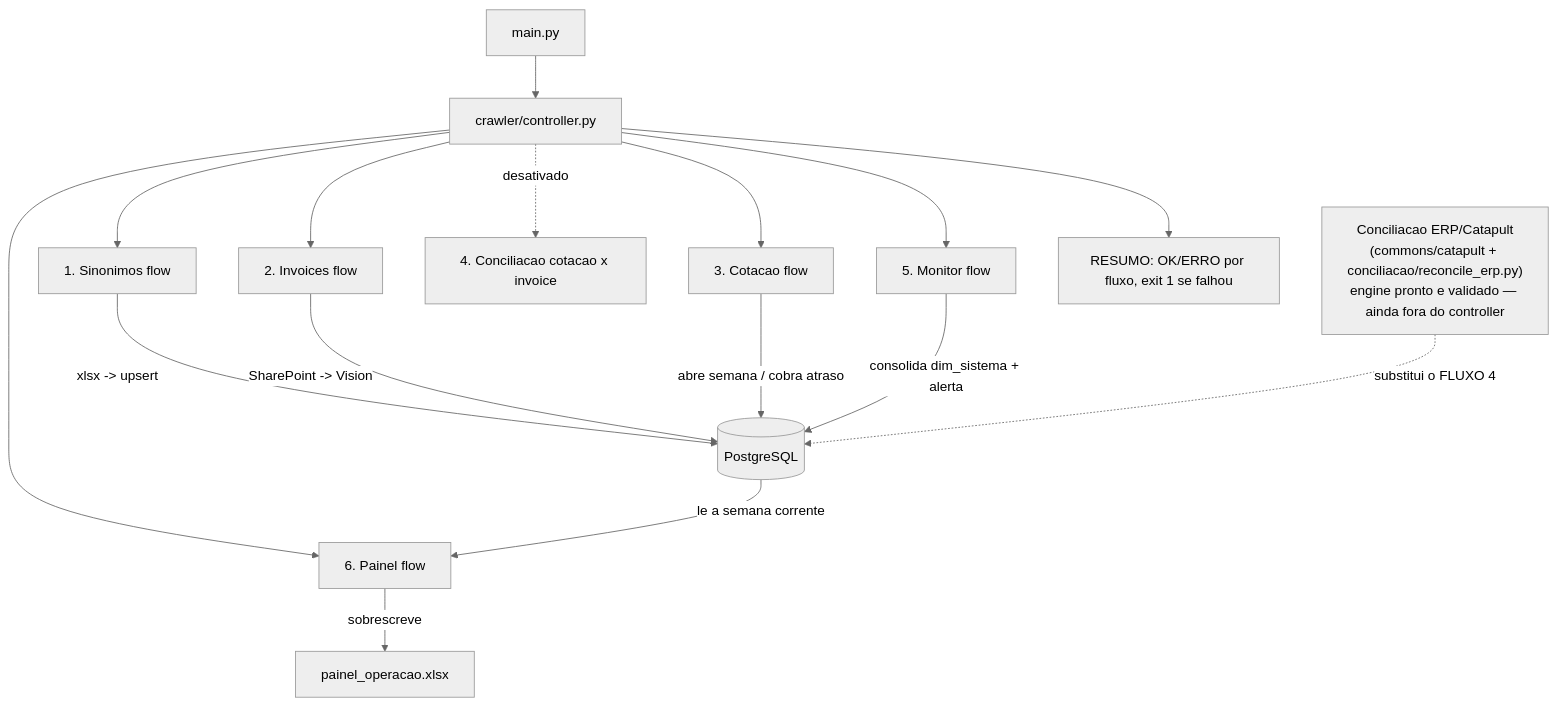
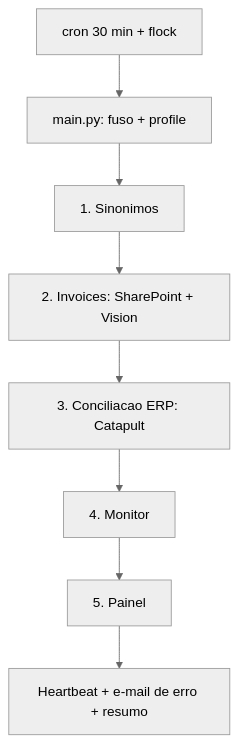
Before and after one commit to CauetMenezes26/automacao_schiavon: the diagram in README.md, drawn with Mermaid (neutral theme). The commit also changed other lines of this file and 1 other file, not shown here.

````diff
--- a/README.md
+++ b/README.md
@@ -140,21 +85,10 @@
 ```mermaid
 flowchart TD
-    A[main.py] --> C[crawler/controller.py]
-    C --> F1[1. Sinonimos flow]
-    C --> F2[2. Invoices flow]
-    C --> F3[3. Cotacao flow]
-    C -.->|desativado| F4["4. Conciliacao cotacao x invoice"]
-    C --> F5[5. Monitor flow]
-    C --> F6[6. Painel flow]
-
-    F1 -->|xlsx -> upsert| DB[(PostgreSQL)]
-    F2 -->|SharePoint -> Vision| DB
-    F3 -->|abre semana / cobra atraso| DB
-    F5 -->|consolida dim_sistema + alerta| DB
-    DB -->|le a semana corrente| F6
-    F6 -->|sobrescreve| X[painel_operacao.xlsx]
-
-    ERP["Conciliacao ERP/Catapult<br/>(commons/catapult + conciliacao/reconcile_erp.py)<br/>engine pronto e validado — ainda fora do controller"] -.->|substitui o FLUXO 4| DB
-
-    C --> R[RESUMO: OK/ERRO por fluxo, exit 1 se falhou]
+    A[cron 30 min + flock] --> B[main.py: fuso + profile]
+    B --> F1[1. Sinonimos]
+    F1 --> F2[2. Invoices: SharePoint + Vision]
+    F2 --> F3[3. Conciliacao ERP: Catapult]
+    F3 --> F4[4. Monitor]
+    F4 --> F5[5. Painel]
+    F5 --> H[Heartbeat + e-mail de erro + resumo]
 ```
````
